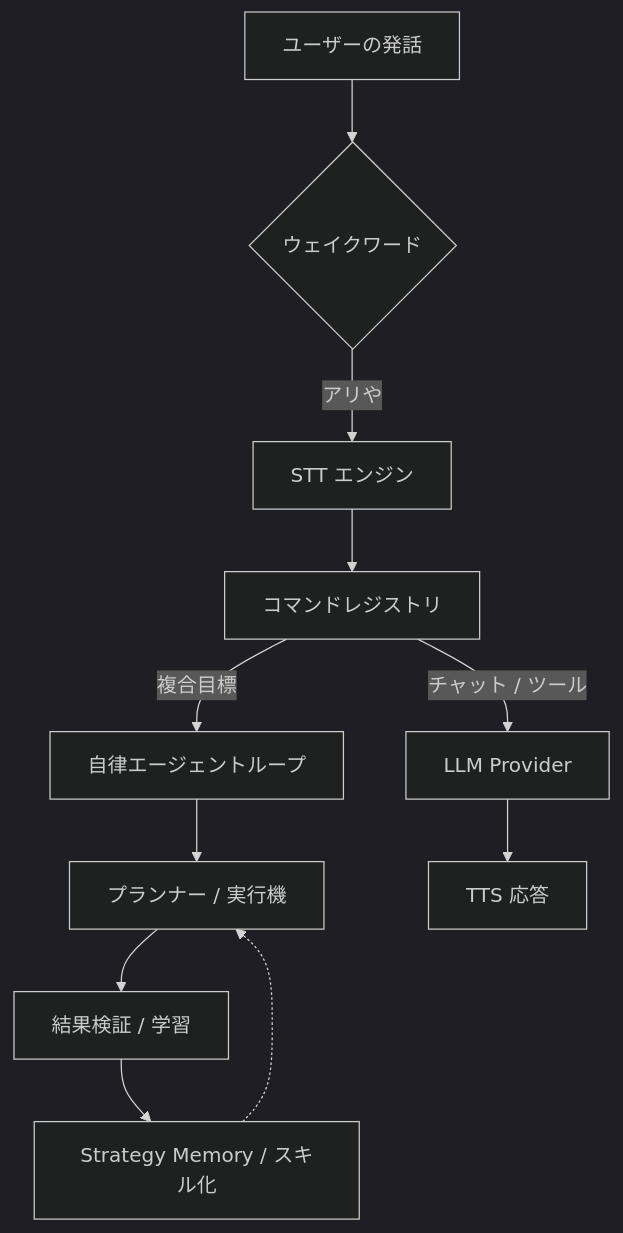
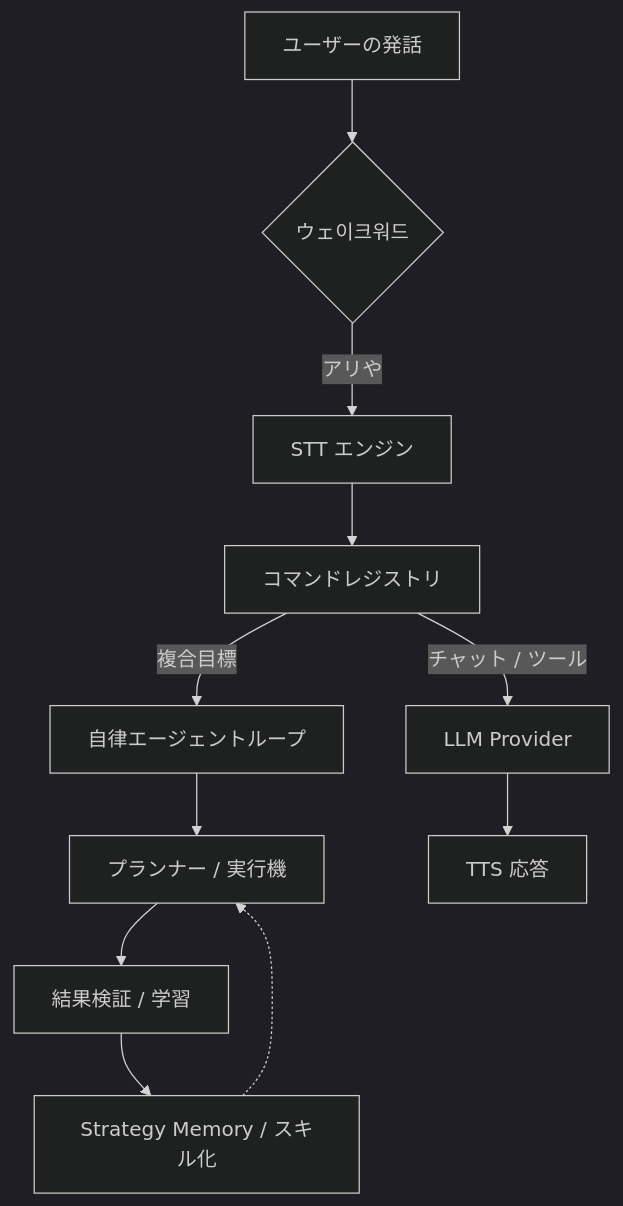
The diagram in README.ja.md (DO0OG/AI-Assistant), drawn with Mermaid (dark theme) before and after one commit. The commit also changed other lines of this file and 2 other files, not shown here.

````diff
--- a/README.ja.md
+++ b/README.ja.md
@@ -77,13 +97,13 @@
 ```mermaid
 graph TD
-    A[ユーザーの発話] --> B{ウェイクワード}
+    A[ユーザーの発話] --> B{ウェ이크워드}
     B -- "アリや" --> C[STT エンジン]
     C --> D[コマンドレジストリ]
     D -- "複合目標" --> E[自律エージェントループ]
     E --> F[プランナー / 実行機]
     F --> G[結果検証 / 学習]
     G --> H[Strategy Memory / スキル化]
     D -- "チャット / ツール" --> I[LLM Provider]
     I --> J[TTS 応答]
     H -.-> F
 ```
````
